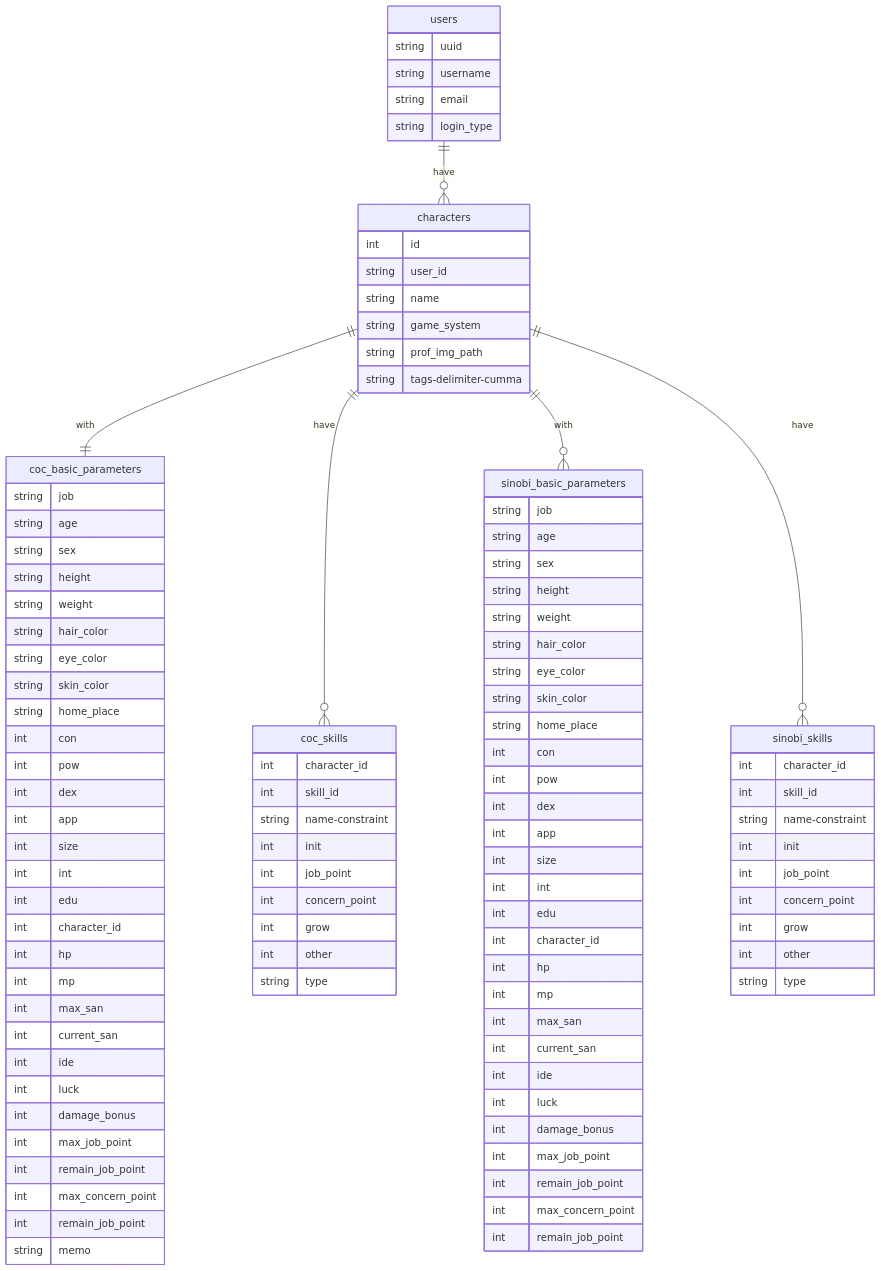
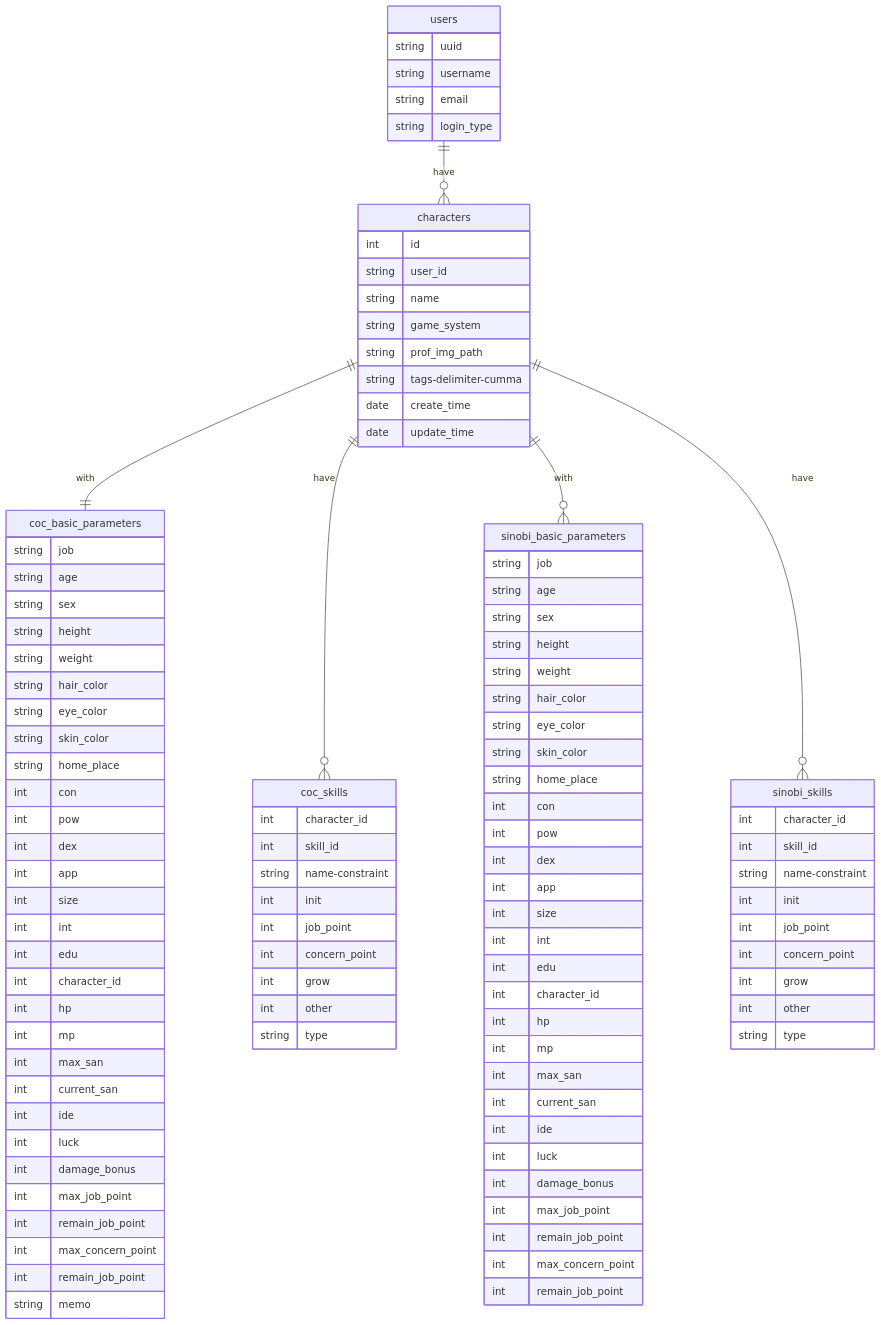
One commit to kitsystemyou/character-manager-backend changed the diagram in docs/enthithi.md. Above: the diagram before and after it, drawn with Mermaid.

```diff
--- a/docs/enthithi.md
+++ b/docs/enthithi.md
@@ -22,6 +22,8 @@
   string game_system
   string prof_img_path
   string tags-delimiter-cumma
+  date create_time
+  date update_time
 }
 
 coc_basic_parameters {
```
